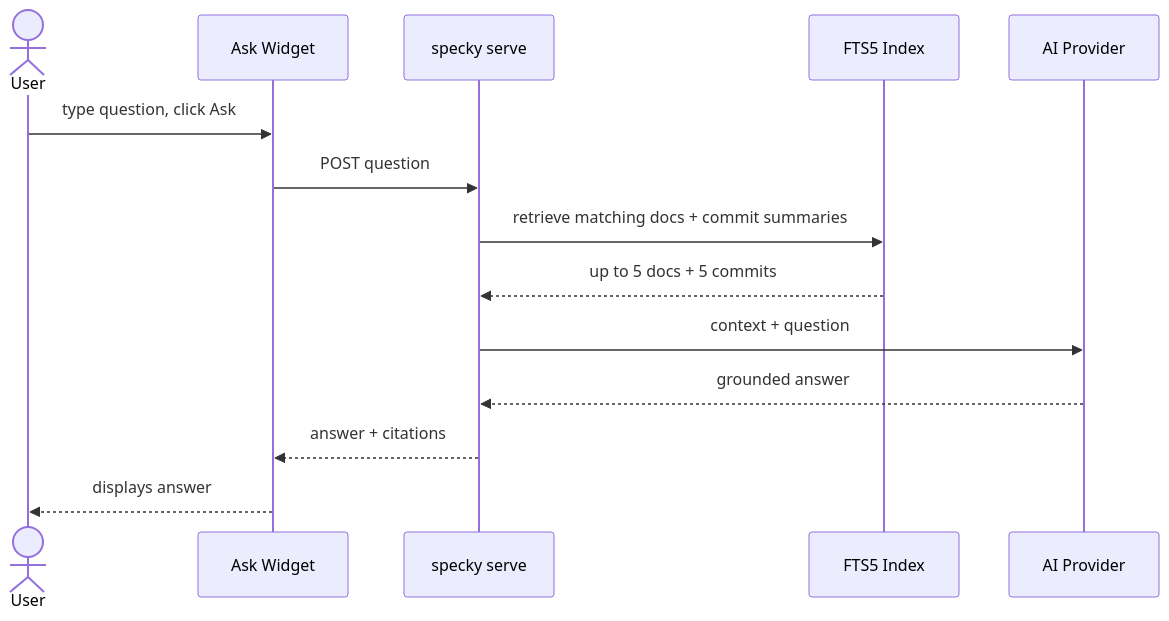
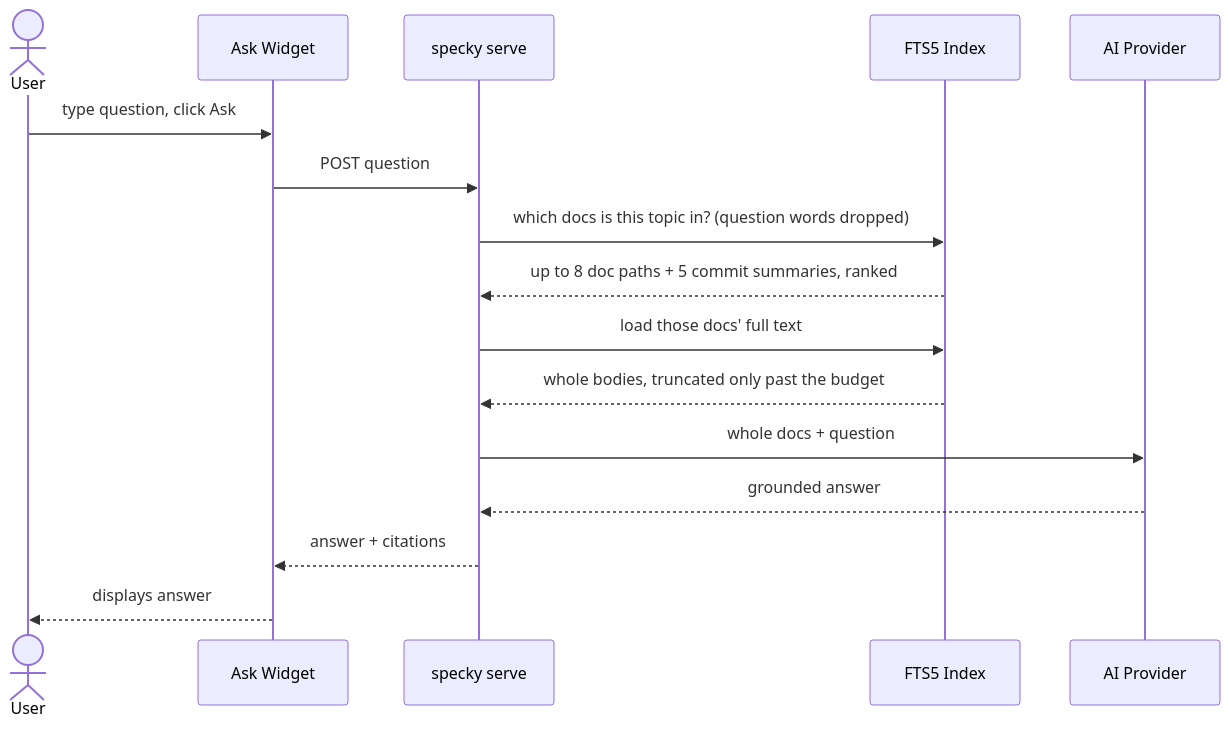
The diagram in specs/chat/local-rag-server.md (danyyacoub/specky), drawn with Mermaid before and after one commit. The commit also changed other lines of this file and 2 other files, not shown here.

````diff
--- a/specs/chat/local-rag-server.md
+++ b/specs/chat/local-rag-server.md
@@ -20,17 +24,19 @@
 ```mermaid
 sequenceDiagram
     actor User
     participant Widget as Ask Widget
     participant Server as specky serve
     participant Index as FTS5 Index
     participant Provider as AI Provider
 
     User->>Widget: type question, click Ask
     Widget->>Server: POST question
-    Server->>Index: retrieve matching docs + commit summaries
-    Index-->>Server: up to 5 docs + 5 commits
-    Server->>Provider: context + question
+    Server->>Index: which docs is this topic in? (question words dropped)
+    Index-->>Server: up to 8 doc paths + 5 commit summaries, ranked
+    Server->>Index: load those docs' full text
+    Index-->>Server: whole bodies, truncated only past the budget
+    Server->>Provider: whole docs + question
     Provider-->>Server: grounded answer
     Server-->>Widget: answer + citations
     Widget-->>User: displays answer
 ```
````
